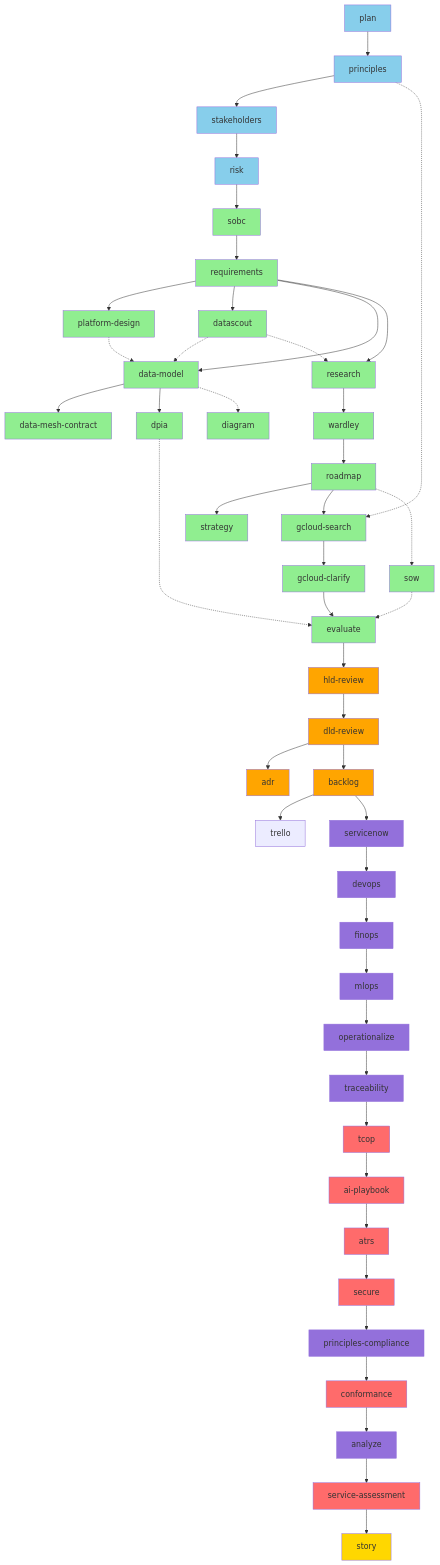
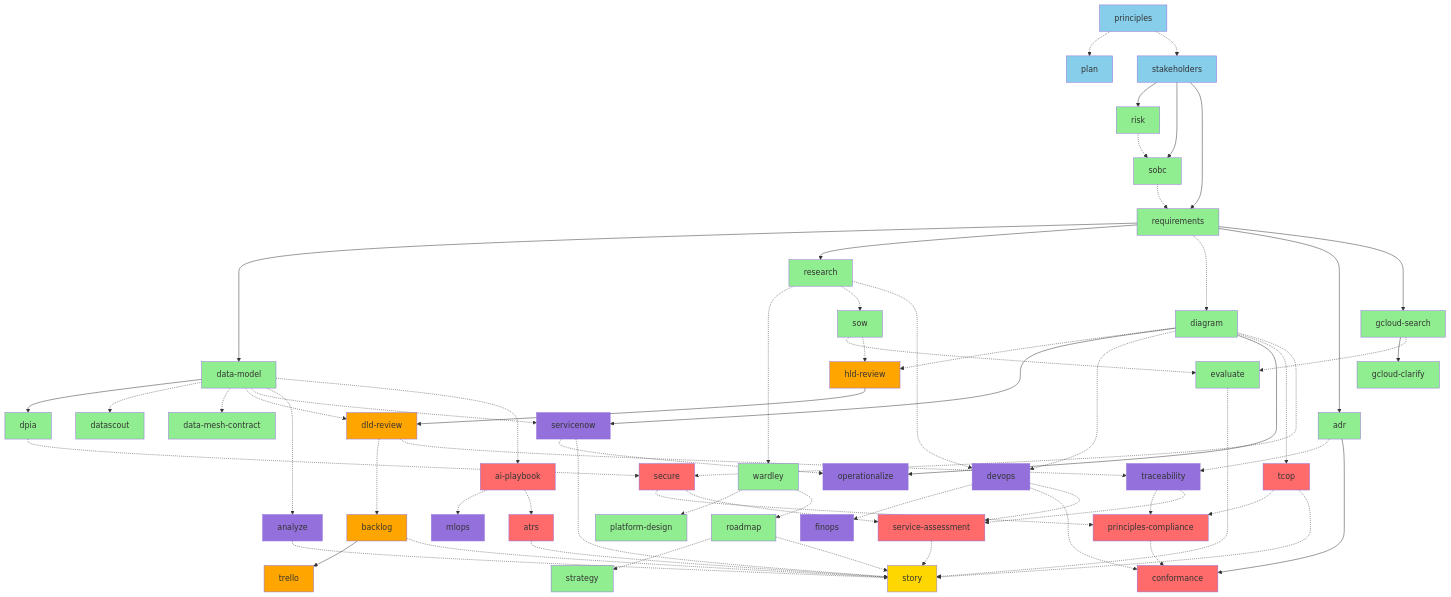
The third of 14 diagrams in docs/WORKFLOW-DIAGRAMS.md (tractorjuice/arc-kit), drawn with Mermaid before and after one commit. The commit also changed other lines of this file, not shown here.

First line of the commit message:
docs: redraw WORKFLOW-DIAGRAMS.md from the dependency data

````diff
--- a/docs/WORKFLOW-DIAGRAMS.md
+++ b/docs/WORKFLOW-DIAGRAMS.md
@@ -233,107 +339,162 @@
 ```mermaid
 graph TD
-    %% Tier 0-1: Foundation
-    A[plan] --> B[principles]
-    B --> C[stakeholders]
-    C --> D[risk]
+    %% Tier 0
+    principles[principles]
+    plan[plan]
+    %% Tier 1
+    stakeholders[stakeholders]
+    %% Tier 2
+    risk[risk]
+    %% Tier 3
+    sobc[sobc]
+    %% Tier 4
+    requirements[requirements]
+    %% Tier 5
+    platform_design[platform-design]
+    roadmap[roadmap]
+    strategy[strategy]
+    %% Tier 6
+    data_model[data-model]
+    dpia[dpia]
+    research[research]
+    datascout[datascout]
+    wardley[wardley]
+    diagram[diagram]
+    adr[adr]
+    data_mesh_contract[data-mesh-contract]
+    %% Tier 7
+    sow[sow]
+    gcloud_search[gcloud-search]
+    gcloud_clarify[gcloud-clarify]
+    evaluate[evaluate]
+    %% Tier 8
+    hld_review[hld-review]
+    dld_review[dld-review]
+    %% Tier 9
+    backlog[backlog]
+    %% Tier 10
+    trello[trello]
+    %% Tier 11
+    servicenow[servicenow]
+    devops[devops]
+    mlops[mlops]
+    finops[finops]
+    operationalize[operationalize]
+    traceability[traceability]
+    %% Tier 12
+    analyze[analyze]
+    %% Tier 13
+    principles_compliance[principles-compliance]
+    conformance[conformance]
+    service_assessment[service-assessment]
+    tcop[tcop]
+    ai_playbook[ai-playbook]
+    atrs[atrs]
+    secure[secure]
+    %% Tier 14
+    story[story]
 
-    %% Tier 2-4: Business Case & Requirements
-    D --> E[sobc]
-    E --> F[requirements]
+    principles -.-> plan
+    principles -.-> stakeholders
+    stakeholders --> risk
+    stakeholders --> sobc
+    risk -.-> sobc
+    stakeholders --> requirements
+    sobc -.-> requirements
+    wardley -.-> platform_design
+    wardley -.-> roadmap
+    roadmap -.-> strategy
+    requirements --> data_model
+    data_model --> dpia
+    requirements --> research
+    data_model -.-> datascout
+    research -.-> wardley
+    requirements -.-> diagram
+    requirements --> adr
+    data_model -.-> data_mesh_contract
+    research -.-> sow
+    requirements --> gcloud_search
+    gcloud_search --> gcloud_clarify
+    sow -.-> evaluate
+    gcloud_search -.-> evaluate
+    diagram -.-> hld_review
+    sow -.-> hld_review
+    data_model -.-> dld_review
+    hld_review --> dld_review
+    dld_review -.-> backlog
+    backlog --> trello
+    data_model -.-> servicenow
+    diagram --> servicenow
+    research -.-> devops
+    diagram -.-> devops
+    ai_playbook -.-> mlops
+    devops -.-> finops
+    diagram --> operationalize
+    servicenow -.-> operationalize
+    adr -.-> traceability
+    dld_review -.-> traceability
+    data_model -.-> analyze
+    traceability -.-> principles_compliance
+    tcop -.-> principles_compliance
+    secure -.-> principles_compliance
+    adr --> conformance
+    devops -.-> conformance
+    principles_compliance -.-> conformance
+    devops -.-> service_assessment
+    traceability -.-> service_assessment
+    secure -.-> service_assessment
+    diagram -.-> tcop
+    data_model -.-> ai_playbook
+    ai_playbook -.-> atrs
+    dpia -.-> secure
+    diagram -.-> secure
+    roadmap -.-> story
+    evaluate -.-> story
+    backlog -.-> story
+    servicenow -.-> story
+    analyze -.-> story
+    service_assessment -.-> story
+    tcop -.-> story
+    atrs -.-> story
 
-    %% Tier 5-6: Strategy & Design
-    F --> G[platform-design]
-    F --> F1[datascout]
-    F1 -.-> H
-    F --> H[data-model]
-    G -.-> H
-    H --> I[data-mesh-contract]
-    H --> J[dpia]
-    F --> K[research]
-    F1 -.-> K
-    K --> L[wardley]
-    L --> M[roadmap]
-    M --> M1[strategy]
-    H -.-> W[diagram]
-
-    %% Tier 7: UK Gov Procurement
-    B -.-> N[gcloud-search]
-    M --> N
-    N --> O[gcloud-clarify]
-    O --> P[evaluate]
-    M -.-> Q[sow]
-    Q -.-> P
-    J -.-> P
-
-    %% Tier 8: Design Reviews
-    P --> R[hld-review]
-    R --> S[dld-review]
-    S --> T[adr]
-
-    %% Tier 9: Implementation
-    S --> U[backlog]
-
-    %% Tier 10: Backlog Export
-    U --> U1t[trello]
-
-    %% Tier 11-12: Operations & Quality
-    U --> V[servicenow]
-    V --> V1[devops]
-    V1 --> V1a[finops]
-    V1a --> V2[mlops]
-    V2 --> V3[operationalize]
-    V3 --> X[traceability]
-
-    %% Tier 13: UK Gov + AI Compliance
-    X --> X1[tcop]
-    X1 --> X2[ai-playbook]
-    X2 --> X3[atrs]
-    X3 --> X4[secure]
-    X4 --> X5[principles-compliance]
-    X5 --> X6[conformance]
-    X6 --> Y[analyze]
-    Y --> Z[service-assessment]
-
-    %% Tier 14: Reporting
-    Z --> AA[story]
-
-    style A fill:#87CEEB
-    style B fill:#87CEEB
-    style C fill:#87CEEB
-    style D fill:#87CEEB
-    style E fill:#90EE90
-    style F fill:#90EE90
-    style F1 fill:#90EE90
-    style G fill:#90EE90
-    style H fill:#90EE90
-    style I fill:#90EE90
-    style J fill:#90EE90
-    style K fill:#90EE90
-    style L fill:#90EE90
-    style M fill:#90EE90
-    style M1 fill:#90EE90
-    style N fill:#90EE90
-    style O fill:#90EE90
-    style P fill:#90EE90
-    style Q fill:#90EE90
-    style R fill:#FFA500
-    style S fill:#FFA500
-    style T fill:#FFA500
-    style U fill:#FFA500
-    style V fill:#9370DB
-    style V1 fill:#9370DB
-    style V1a fill:#9370DB
-    style V2 fill:#9370DB
-    style V3 fill:#9370DB
-    style W fill:#90EE90
-    style X fill:#9370DB
-    style X1 fill:#FF6B6B
-    style X2 fill:#FF6B6B
-    style X3 fill:#FF6B6B
-    style X4 fill:#FF6B6B
-    style X5 fill:#9370DB
-    style X6 fill:#FF6B6B
-    style Y fill:#9370DB
-    style Z fill:#FF6B6B
-    style AA fill:#FFD700
+    style principles fill:#87CEEB
+    style plan fill:#87CEEB
+    style stakeholders fill:#87CEEB
+    style risk fill:#90EE90
+    style sobc fill:#90EE90
+    style requirements fill:#90EE90
+    style platform_design fill:#90EE90
+    style roadmap fill:#90EE90
+    style strategy fill:#90EE90
+    style data_model fill:#90EE90
+    style dpia fill:#90EE90
+    style research fill:#90EE90
+    style datascout fill:#90EE90
+    style wardley fill:#90EE90
+    style diagram fill:#90EE90
+    style adr fill:#90EE90
+    style data_mesh_contract fill:#90EE90
+    style sow fill:#90EE90
+    style gcloud_search fill:#90EE90
+    style gcloud_clarify fill:#90EE90
+    style evaluate fill:#90EE90
+    style hld_review fill:#FFA500
+    style dld_review fill:#FFA500
+    style backlog fill:#FFA500
+    style trello fill:#FFA500
+    style servicenow fill:#9370DB
+    style devops fill:#9370DB
+    style mlops fill:#9370DB
+    style finops fill:#9370DB
+    style operationalize fill:#9370DB
+    style traceability fill:#9370DB
+    style analyze fill:#9370DB
+    style principles_compliance fill:#FF6B6B
+    style conformance fill:#FF6B6B
+    style service_assessment fill:#FF6B6B
+    style tcop fill:#FF6B6B
+    style ai_playbook fill:#FF6B6B
+    style atrs fill:#FF6B6B
+    style secure fill:#FF6B6B
+    style story fill:#FFD700
 ```
````
